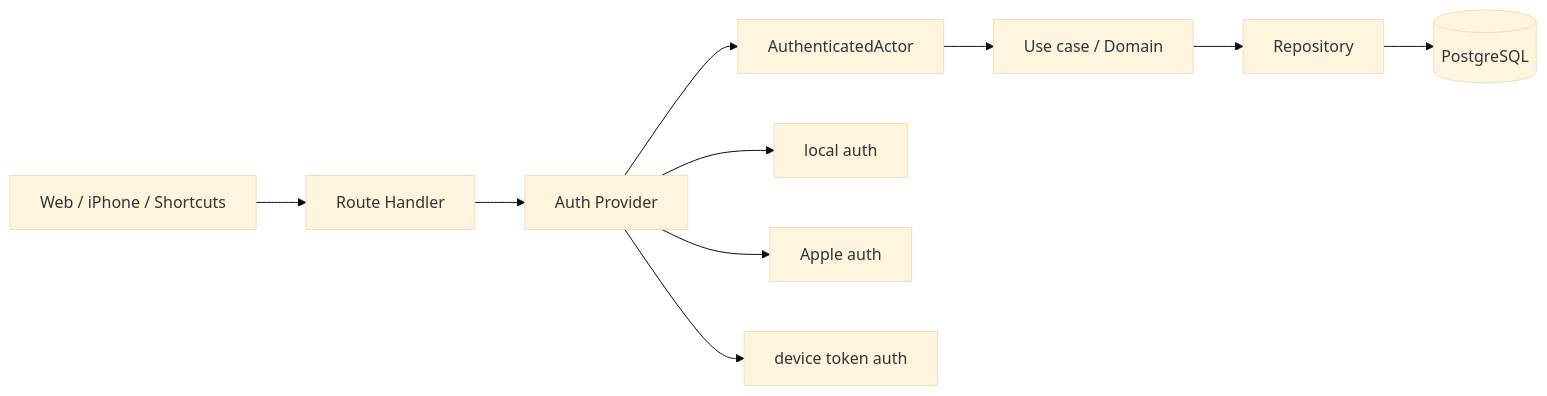
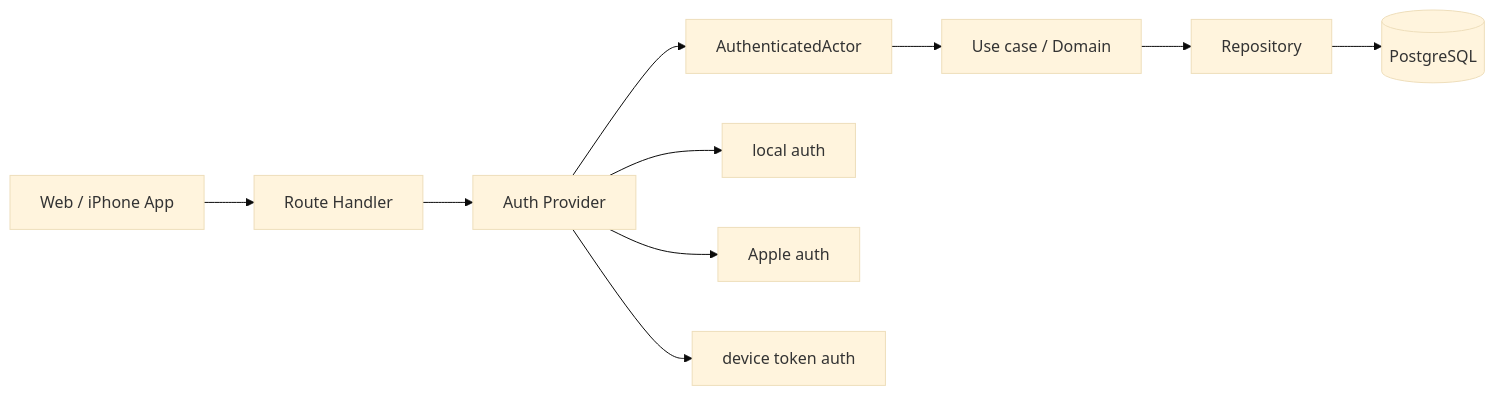
Before and after one commit to Shintaro-Abe/SubBuddy: the second of 2 diagrams in .steering/20260630-cloud-auth-boundary/design.md, drawn with Mermaid (base theme). The commit also changed other lines of this file and 46 other files, not shown here.

````diff
--- a/.steering/20260630-cloud-auth-boundary/design.md
+++ b/.steering/20260630-cloud-auth-boundary/design.md
@@ -109,13 +109,13 @@
 ```mermaid
 flowchart LR
-  Web[Web / iPhone / Shortcuts] --> RH[Route Handler]
+  Web[Web / iPhone App] --> RH[Route Handler]
   RH --> Provider[Auth Provider]
   Provider --> Actor[AuthenticatedActor]
   Actor --> UseCase[Use case / Domain]
   UseCase --> Repo[Repository]
   Repo --> DB[(PostgreSQL)]
 
   Provider --> LocalAuth[local auth]
   Provider --> Apple[Apple auth]
   Provider --> Device[device token auth]
 ```
````
